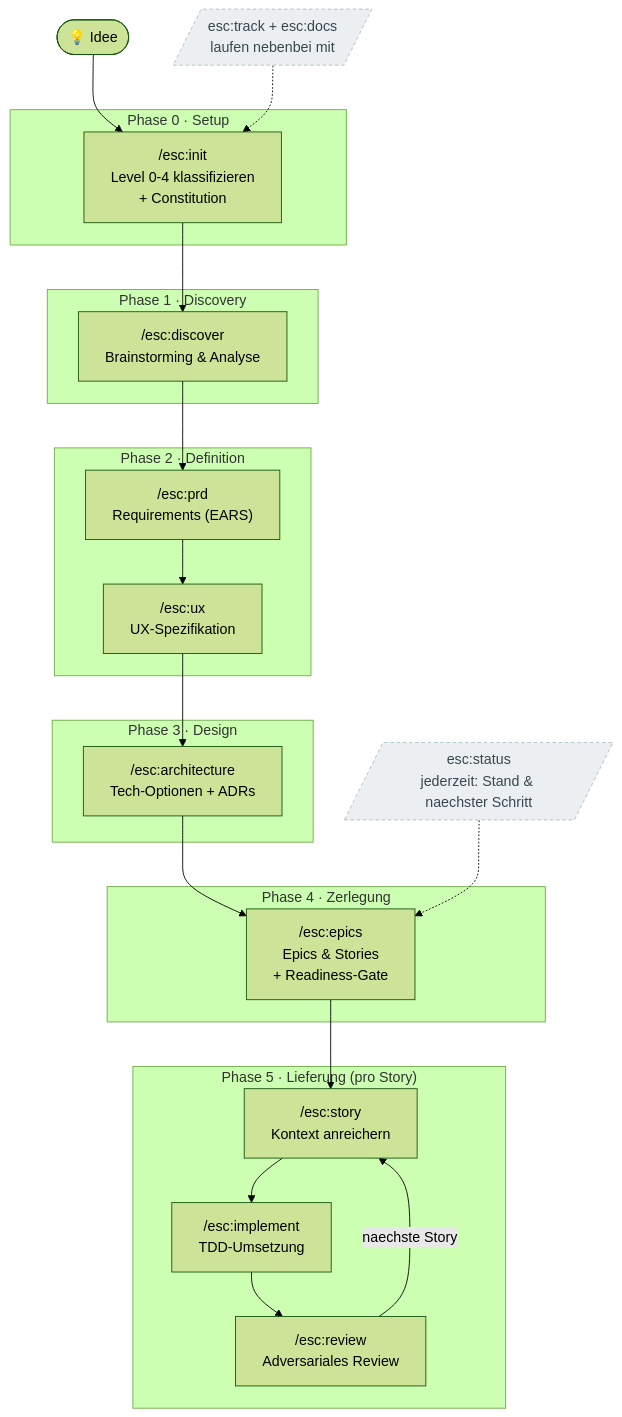
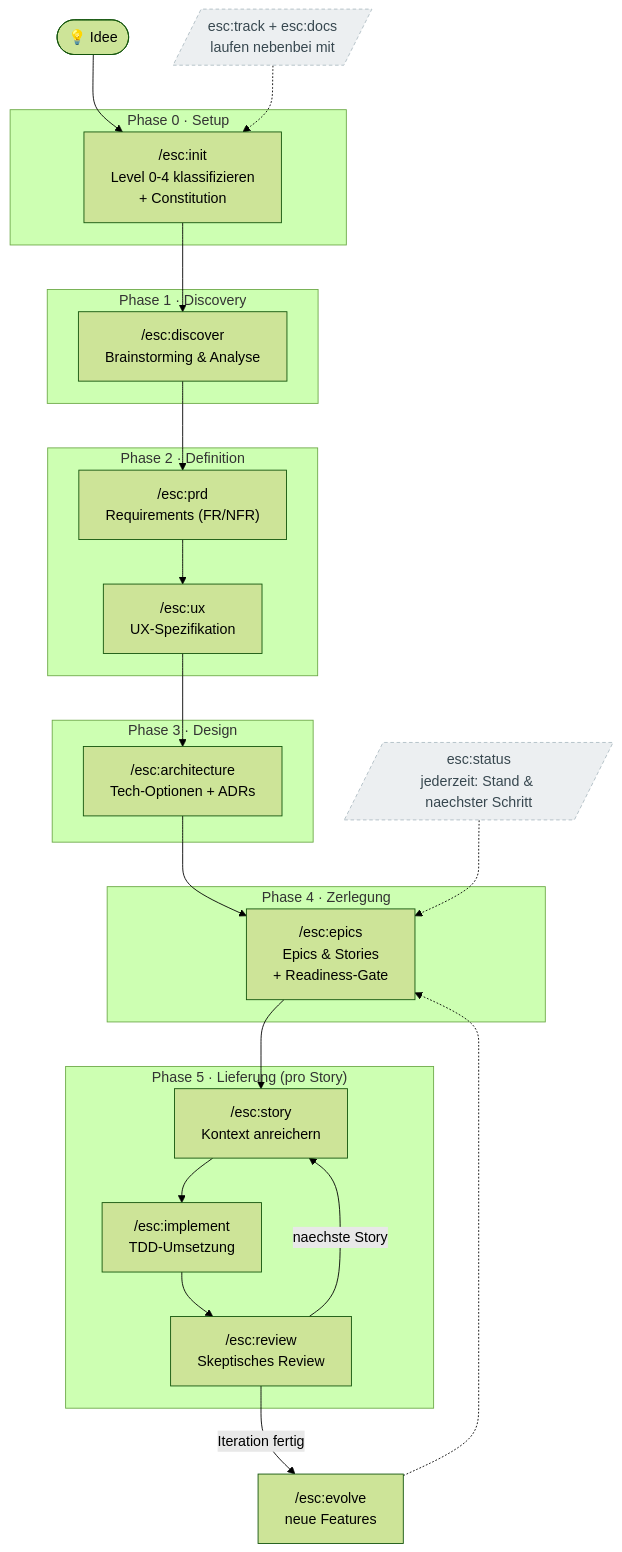
The diagram in README.md (ES-92/esc), drawn with Mermaid (forest theme) before and after one commit. The commit also changed other lines of this file and 27 other files, not shown here.

First line of the commit message:
ESC v1.2.0 — Sichtweisen statt Personas, Co-Authoring, esc/docs, evolve

````diff
--- a/README.md
+++ b/README.md
@@ -185,33 +178,35 @@
 ```mermaid
 flowchart TB
   idea([💡 Idee]) --> init
 
   subgraph P0["Phase 0 · Setup"]
     init["/esc:init<br/>Level 0-4 klassifizieren<br/>+ Constitution"]
   end
   subgraph P1["Phase 1 · Discovery"]
     discover["/esc:discover<br/>Brainstorming & Analyse"]
   end
   subgraph P2["Phase 2 · Definition"]
-    prd["/esc:prd<br/>Requirements (EARS)"]
+    prd["/esc:prd<br/>Requirements (FR/NFR)"]
     ux["/esc:ux<br/>UX-Spezifikation"]
   end
   subgraph P3["Phase 3 · Design"]
     arch["/esc:architecture<br/>Tech-Optionen + ADRs"]
   end
   subgraph P4["Phase 4 · Zerlegung"]
     epics["/esc:epics<br/>Epics & Stories<br/>+ Readiness-Gate"]
   end
   subgraph P5["Phase 5 · Lieferung (pro Story)"]
-    story["/esc:story<br/>Kontext anreichern"] --> impl["/esc:implement<br/>TDD-Umsetzung"] --> review["/esc:review<br/>Adversariales Review"]
+    story["/esc:story<br/>Kontext anreichern"] --> impl["/esc:implement<br/>TDD-Umsetzung"] --> review["/esc:review<br/>Skeptisches Review"]
   end
 
   init --> discover --> prd --> ux --> arch --> epics --> story
   review -->|naechste Story| story
+  review -->|Iteration fertig| evolve["/esc:evolve<br/>neue Features"]
+  evolve -.-> epics
 
   track[/"esc:track + esc:docs<br/>laufen nebenbei mit"/] -.-> init
   status[/"esc:status<br/>jederzeit: Stand & naechster Schritt"/] -.-> epics
 
   classDef side fill:#eceff1,color:#37474f,stroke:#b0bec5,stroke-dasharray:4 3;
   class track,status side;
 ```
````
